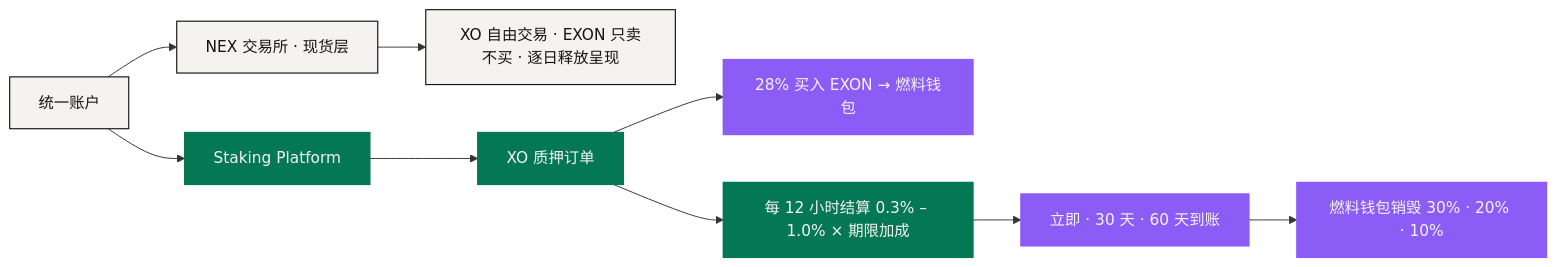
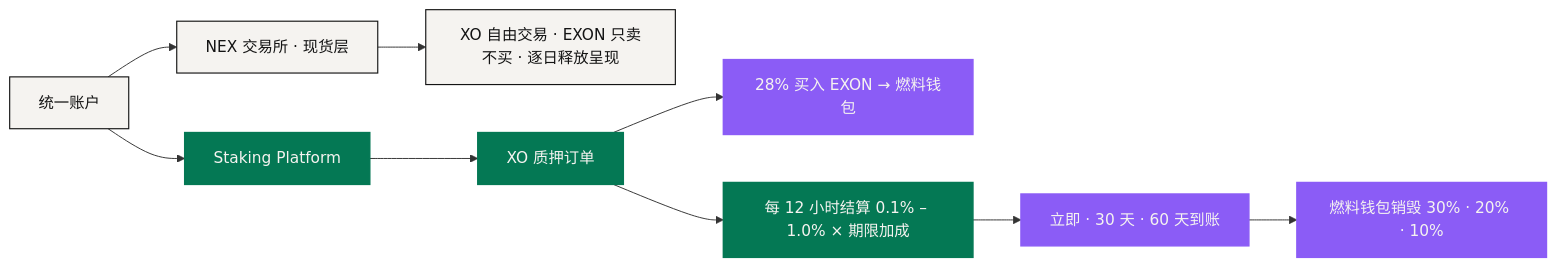
One commit to NEXONMarkets/NEXON-Whitepaper changed the diagram in docs/zh/03-architecture/trust-and-bonding.md. Above: the diagram before and after it, drawn with Mermaid. The commit also changed other lines of this file and 32 other files, not shown here.

````diff
--- a/docs/zh/03-architecture/trust-and-bonding.md
+++ b/docs/zh/03-architecture/trust-and-bonding.md
@@ -14,17 +14,17 @@
 ```mermaid
 flowchart LR
     A["统一账户"] --> E["NEX 交易所 · 现货层"]
     A --> S["Staking Platform"]
     E --> X["XO 自由交易 · EXON 只卖不买 · 逐日释放呈现"]
     S --> O["XO 质押订单"]
     O --> F["28% 买入 EXON → 燃料钱包"]
-    O --> R["每 12 小时结算 0.3% – 1.0% × 期限加成"]
+    O --> R["每 12 小时结算 0.1% – 1.0% × 期限加成"]
     R --> D["立即 · 30 天 · 60 天到账"]
     D --> B["燃料钱包销毁 30% · 20% · 10%"]
     classDef anchor fill:#047854,stroke:#047854,stroke-width:1.5px,color:#F5F3F0
     classDef engine fill:#8B5CF6,stroke:#8B5CF6,stroke-width:1.5px,color:#F5F3F0
     classDef solid fill:#F5F3F0,stroke:#141414,stroke-width:1.2px,color:#141414
     class A,E,X solid
     class S,O,R anchor
     class F,D,B engine
 ```
````
